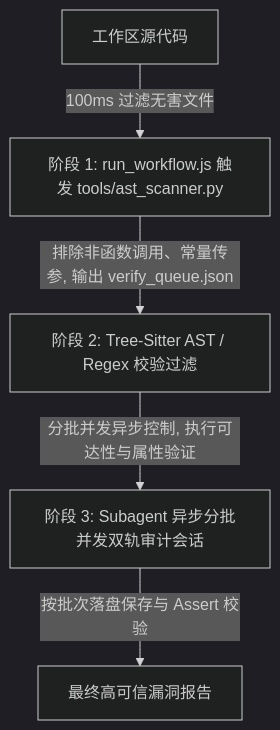
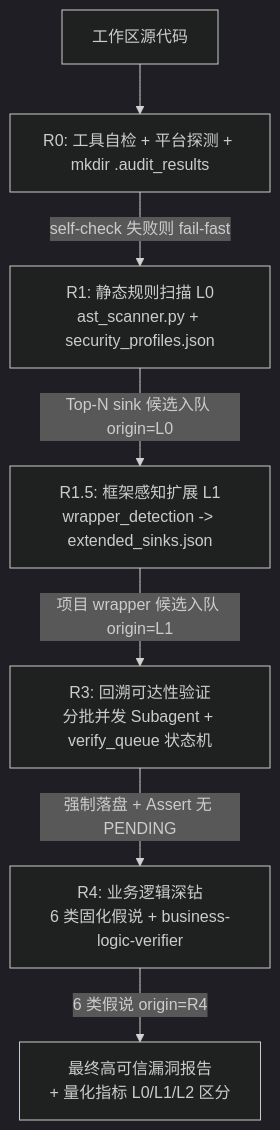
Before and after one commit to diandiandia/reachable-critical-audit: the diagram in SYSTEM_DESIGN.md, drawn with Mermaid (dark theme). The commit also changed other lines of this file and 7 other files, not shown here.

````diff
--- a/SYSTEM_DESIGN.md
+++ b/SYSTEM_DESIGN.md
@@ -19,13 +27,17 @@
 ```mermaid
 graph TD
     A[工作区源代码]
-    B[阶段 1: run_workflow.js 触发 tools/ast_scanner.py]
-    C[阶段 2: Tree-Sitter AST / Regex 校验过滤]
-    D[阶段 3: Subagent 异步分批并发双轨审计会话]
-    E[最终高可信漏洞报告]
+    R0[R0: 工具自检 + 平台探测 + mkdir .audit_results]
+    R1[R1: 静态规则扫描 L0<br/>ast_scanner.py + security_profiles.json]
+    R15[R1.5: 框架感知扩展 L1<br/>wrapper_detection -> extended_sinks.json]
+    R3[R3: 回溯可达性验证<br/>分批并发 Subagent + verify_queue 状态机]
+    R4[R4: 业务逻辑深钻<br/>6 类固化假说 + business-logic-verifier]
+    RPT[最终高可信漏洞报告<br/>+ 量化指标 L0/L1/L2 区分]
 
-    A -->|100ms 过滤无害文件| B
-    B -->|排除非函数调用、常量传参, 输出 verify_queue.json| C
-    C -->|分批并发异步控制, 执行可达性与属性验证| D
-    D -->|按批次落盘保存与 Assert 校验| E
+    A --> R0
+    R0 -->|self-check 失败则 fail-fast| R1
+    R1 -->|Top-N sink 候选入队 origin=L0| R15
+    R15 -->|项目 wrapper 候选入队 origin=L1| R3
+    R3 -->|强制落盘 + Assert 无 PENDING| R4
+    R4 -->|6 类假说 origin=R4| RPT
 ```
````
